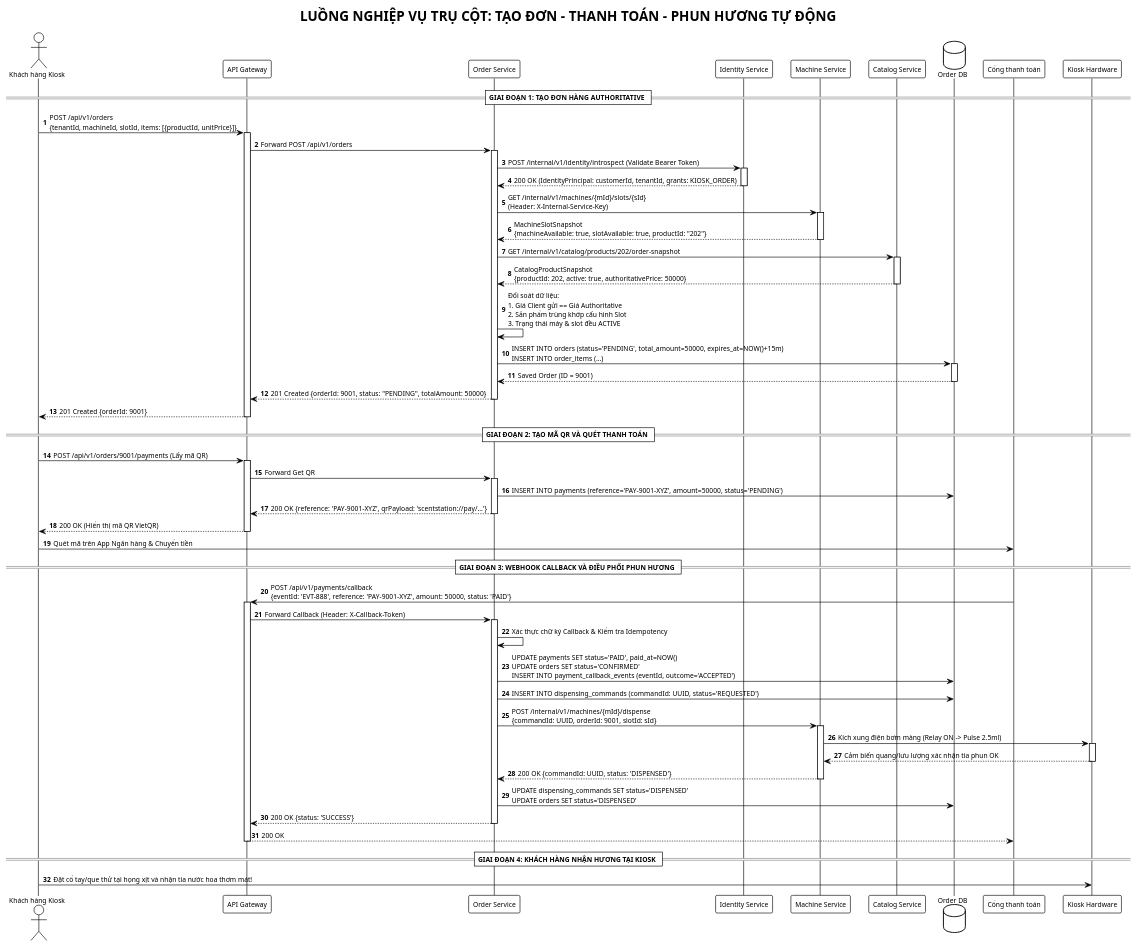
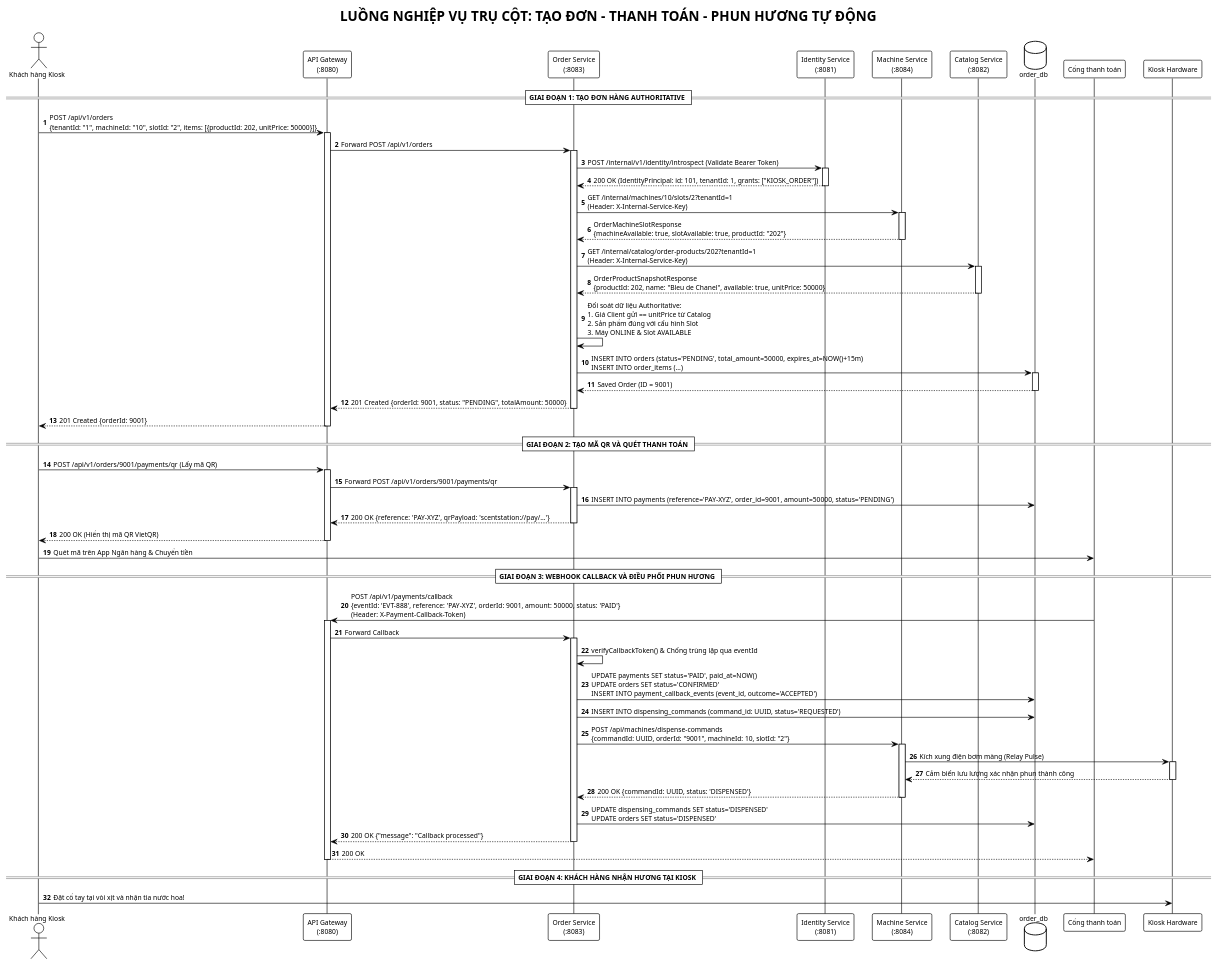
Before and after one commit to phuoc523/reportDevelopingOOPsoftware: the diagram in architecture/system-overview/core-flow-sequence.puml, drawn with PlantUML. The commit also changed 13 other files, not shown here.

Commit message:
update architecture

```diff
--- a/architecture/system-overview/core-flow-sequence.puml
+++ b/architecture/system-overview/core-flow-sequence.puml
@@ -1,96 +1,96 @@
 @startuml core-flow-sequence
 !theme plain
 autonumber
 skinparam responseMessageBelowArrow true
 skinparam defaultFontName Arial
 skinparam defaultFontSize 11
 
 title LUỒNG NGHIỆP VỤ TRỤ CỘT: TẠO ĐƠN - THANH TOÁN - PHUN HƯƠNG TỰ ĐỘNG
 
 actor "Khách hàng Kiosk" as Customer
-participant "API Gateway" as Gateway
-participant "Order Service" as OrderSvc
-participant "Identity Service" as IdentitySvc
-participant "Machine Service" as MachineSvc
-participant "Catalog Service" as CatalogSvc
-database "Order DB" as OrderDB
+participant "API Gateway\n(:8080)" as Gateway
+participant "Order Service\n(:8083)" as OrderSvc
+participant "Identity Service\n(:8081)" as IdentitySvc
+participant "Machine Service\n(:8084)" as MachineSvc
+participant "Catalog Service\n(:8082)" as CatalogSvc
+database "order_db" as OrderDB
 participant "Cổng thanh toán" as PaymentGw
 participant "Kiosk Hardware" as Hardware
 
 == GIAI ĐOẠN 1: TẠO ĐƠN HÀNG AUTHORITATIVE ==
-Customer -> Gateway: POST /api/v1/orders\n{tenantId, machineId, slotId, items: [{productId, unitPrice}]}
+Customer -> Gateway: POST /api/v1/orders\n{tenantId: "1", machineId: "10", slotId: "2", items: [{productId: 202, unitPrice: 50000}]}
 activate Gateway
 Gateway -> OrderSvc: Forward POST /api/v1/orders
 activate OrderSvc
 
 OrderSvc -> IdentitySvc: POST /internal/v1/identity/introspect (Validate Bearer Token)
 activate IdentitySvc
-IdentitySvc --> OrderSvc: 200 OK (IdentityPrincipal: customerId, tenantId, grants: KIOSK_ORDER)
+IdentitySvc --> OrderSvc: 200 OK (IdentityPrincipal: id: 101, tenantId: 1, grants: ["KIOSK_ORDER"])
 deactivate IdentitySvc
 
-OrderSvc -> MachineSvc: GET /internal/v1/machines/{mId}/slots/{sId}\n(Header: X-Internal-Service-Key)
+OrderSvc -> MachineSvc: GET /internal/machines/10/slots/2?tenantId=1\n(Header: X-Internal-Service-Key)
 activate MachineSvc
-MachineSvc --> OrderSvc: MachineSlotSnapshot\n{machineAvailable: true, slotAvailable: true, productId: "202"}
+MachineSvc --> OrderSvc: OrderMachineSlotResponse\n{machineAvailable: true, slotAvailable: true, productId: "202"}
 deactivate MachineSvc
 
-OrderSvc -> CatalogSvc: GET /internal/v1/catalog/products/202/order-snapshot
+OrderSvc -> CatalogSvc: GET /internal/catalog/order-products/202?tenantId=1\n(Header: X-Internal-Service-Key)
 activate CatalogSvc
-CatalogSvc --> OrderSvc: CatalogProductSnapshot\n{productId: 202, active: true, authoritativePrice: 50000}
+CatalogSvc --> OrderSvc: OrderProductSnapshotResponse\n{productId: 202, name: "Bleu de Chanel", available: true, unitPrice: 50000}
 deactivate CatalogSvc
 
-OrderSvc -> OrderSvc: Đối soát dữ liệu:\n1. Giá Client gửi == Giá Authoritative\n2. Sản phẩm trùng khớp cấu hình Slot\n3. Trạng thái máy & slot đều ACTIVE
+OrderSvc -> OrderSvc: Đối soát dữ liệu Authoritative:\n1. Giá Client gửi == unitPrice từ Catalog\n2. Sản phẩm đúng với cấu hình Slot\n3. Máy ONLINE & Slot AVAILABLE
 OrderSvc -> OrderDB: INSERT INTO orders (status='PENDING', total_amount=50000, expires_at=NOW()+15m)\nINSERT INTO order_items (...)
 activate OrderDB
 OrderDB --> OrderSvc: Saved Order (ID = 9001)
 deactivate OrderDB
 
 OrderSvc --> Gateway: 201 Created {orderId: 9001, status: "PENDING", totalAmount: 50000}
 deactivate OrderSvc
 Gateway --> Customer: 201 Created {orderId: 9001}
 deactivate Gateway
 
 == GIAI ĐOẠN 2: TẠO MÃ QR VÀ QUÉT THANH TOÁN ==
-Customer -> Gateway: POST /api/v1/orders/9001/payments (Lấy mã QR)
+Customer -> Gateway: POST /api/v1/orders/9001/payments/qr (Lấy mã QR)
 activate Gateway
-Gateway -> OrderSvc: Forward Get QR
+Gateway -> OrderSvc: Forward POST /api/v1/orders/9001/payments/qr
 activate OrderSvc
-OrderSvc -> OrderDB: INSERT INTO payments (reference='PAY-9001-XYZ', amount=50000, status='PENDING')
-OrderSvc --> Gateway: 200 OK {reference: 'PAY-9001-XYZ', qrPayload: 'scentstation://pay/...'}
+OrderSvc -> OrderDB: INSERT INTO payments (reference='PAY-XYZ', order_id=9001, amount=50000, status='PENDING')
+OrderSvc --> Gateway: 200 OK {reference: 'PAY-XYZ', qrPayload: 'scentstation://pay/...'}
 deactivate OrderSvc
 Gateway --> Customer: 200 OK (Hiển thị mã QR VietQR)
 deactivate Gateway
 
 Customer -> PaymentGw: Quét mã trên App Ngân hàng & Chuyển tiền
 
 == GIAI ĐOẠN 3: WEBHOOK CALLBACK VÀ ĐIỀU PHỐI PHUN HƯƠNG ==
-PaymentGw -> Gateway: POST /api/v1/payments/callback\n{eventId: 'EVT-888', reference: 'PAY-9001-XYZ', amount: 50000, status: 'PAID'}
+PaymentGw -> Gateway: POST /api/v1/payments/callback\n{eventId: 'EVT-888', reference: 'PAY-XYZ', orderId: 9001, amount: 50000, status: 'PAID'}\n(Header: X-Payment-Callback-Token)
 activate Gateway
-Gateway -> OrderSvc: Forward Callback (Header: X-Callback-Token)
+Gateway -> OrderSvc: Forward Callback
 activate OrderSvc
 
-OrderSvc -> OrderSvc: Xác thực chữ ký Callback & Kiểm tra Idempotency
-OrderSvc -> OrderDB: UPDATE payments SET status='PAID', paid_at=NOW()\nUPDATE orders SET status='CONFIRMED'\nINSERT INTO payment_callback_events (eventId, outcome='ACCEPTED')
-OrderSvc -> OrderDB: INSERT INTO dispensing_commands (commandId: UUID, status='REQUESTED')
+OrderSvc -> OrderSvc: verifyCallbackToken() & Chống trùng lặp qua eventId
+OrderSvc -> OrderDB: UPDATE payments SET status='PAID', paid_at=NOW()\nUPDATE orders SET status='CONFIRMED'\nINSERT INTO payment_callback_events (event_id, outcome='ACCEPTED')
+OrderSvc -> OrderDB: INSERT INTO dispensing_commands (command_id: UUID, status='REQUESTED')
 
-OrderSvc -> MachineSvc: POST /internal/v1/machines/{mId}/dispense\n{commandId: UUID, orderId: 9001, slotId: sId}
+OrderSvc -> MachineSvc: POST /api/machines/dispense-commands\n{commandId: UUID, orderId: "9001", machineId: 10, slotId: "2"}
 activate MachineSvc
 
-MachineSvc -> Hardware: Kích xung điện bơm màng (Relay ON -> Pulse 2.5ml)
+MachineSvc -> Hardware: Kích xung điện bơm màng (Relay Pulse)
 activate Hardware
-Hardware --> MachineSvc: Cảm biến quang/lưu lượng xác nhận tia phun OK
+Hardware --> MachineSvc: Cảm biến lưu lượng xác nhận phun thành công
 deactivate Hardware
 
 MachineSvc --> OrderSvc: 200 OK {commandId: UUID, status: 'DISPENSED'}
 deactivate MachineSvc
 
 OrderSvc -> OrderDB: UPDATE dispensing_commands SET status='DISPENSED'\nUPDATE orders SET status='DISPENSED'
 
-OrderSvc --> Gateway: 200 OK {status: 'SUCCESS'}
+OrderSvc --> Gateway: 200 OK {"message": "Callback processed"}
 deactivate OrderSvc
 Gateway --> PaymentGw: 200 OK
 deactivate Gateway
 
 == GIAI ĐOẠN 4: KHÁCH HÀNG NHẬN HƯƠNG TẠI KIOSK ==
-Customer -> Hardware: Đặt cổ tay/que thử tại họng xịt và nhận tia nước hoa thơm mát!
+Customer -> Hardware: Đặt cổ tay tại vòi xịt và nhận tia nước hoa!
 
 @enduml
```
